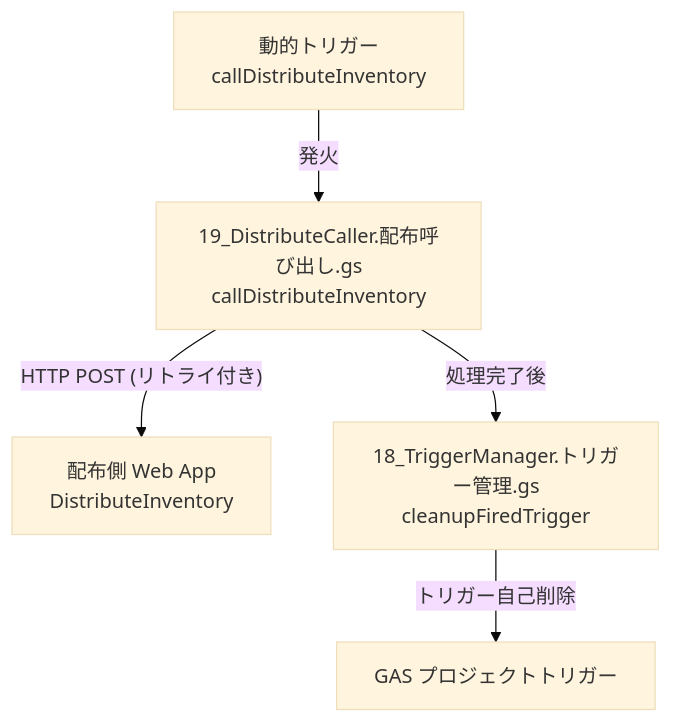
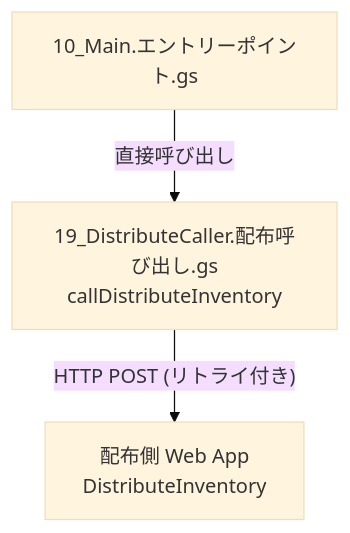
One commit to Hide-JZX100/Supabase changed the third of 3 diagrams in GetInventoryData/README.md. Above: the diagram before and after it, drawn with Mermaid (base theme). The commit also changed other lines of this file, not shown here.

First line of the commit message:
docs(GetInventoryData): 直接呼び出し化に伴うREADME.mdの更新

````diff
--- a/GetInventoryData/README.md
+++ b/GetInventoryData/README.md
@@ -85,7 +83,5 @@
 ```mermaid
 graph TD
-    DistTrigger[動的トリガー<br>callDistributeInventory] -->|発火| Caller[19_DistributeCaller.配布呼び出し.gs<br>callDistributeInventory]
+    Main[10_Main.エントリーポイント.gs] -->|直接呼び出し| Caller[19_DistributeCaller.配布呼び出し.gs<br>callDistributeInventory]
     Caller -->|"HTTP POST (リトライ付き)"| DistApp[配布側 Web App<br>DistributeInventory]
-    Caller -->|処理完了後| TriggerMgr[18_TriggerManager.トリガー管理.gs<br>cleanupFiredTrigger]
-    TriggerMgr -->|トリガー自己削除| ProjectTriggers[GAS プロジェクトトリガー]
 ```
````
